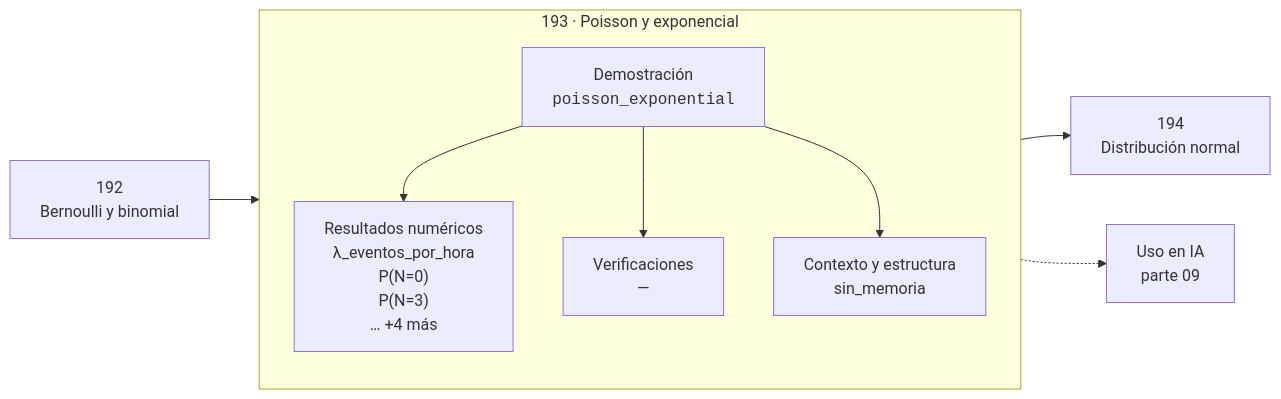
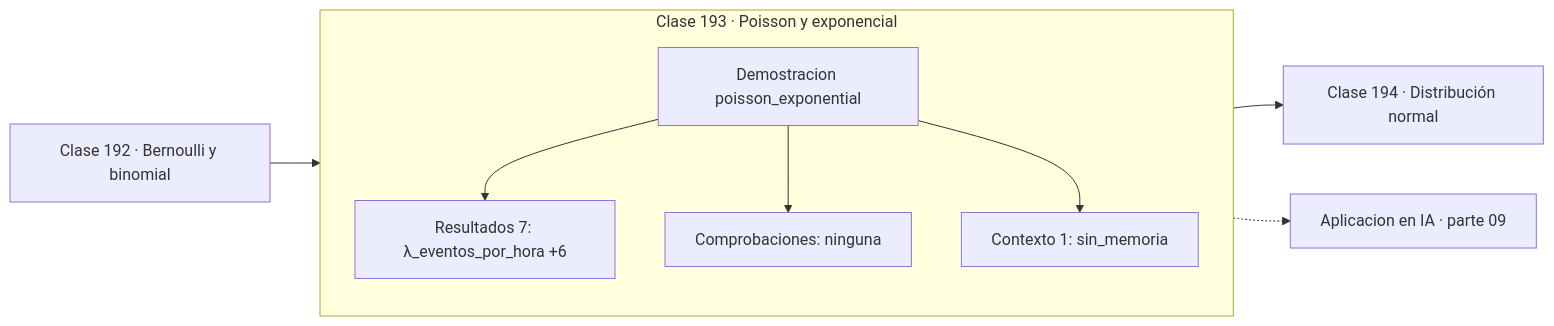
The diagram in classes/part-09-probabilidad-y-procesos-aleatorios/193-poisson-y-exponencial/README.md (vladimiracunadev-create/computational-mathematics-program), drawn with Mermaid before and after one commit. The commit also changed 389 other files, not shown here.

First line of the commit message:
fix(diagramas): elimina el HTML de las etiquetas Mermaid

````diff
--- a/classes/part-09-probabilidad-y-procesos-aleatorios/193-poisson-y-exponencial/README.md
+++ b/classes/part-09-probabilidad-y-procesos-aleatorios/193-poisson-y-exponencial/README.md
@@ -30,12 +30,13 @@
 ```mermaid
 flowchart LR
-    P["192<br/>Bernoulli y binomial"] --> C
-    subgraph C["193 · Poisson y exponencial"]
+    P["Clase 192 · Bernoulli y binomial"] --> D
+    subgraph CLASE["Clase 193 · Poisson y exponencial"]
         direction TB
-        D["Demostración<br/><code>poisson_exponential</code>"] --> R["Resultados numéricos<br/>λ_eventos_por_hora<br/>P(N=0)<br/>P(N=3)<br/>… +4 más"]
-        D --> V["Verificaciones<br/>—"]
-        D --> O["Contexto y estructura<br/>sin_memoria"]
+        D["Demostracion poisson_exponential"]
+        D --> R["Resultados 7: λ_eventos_por_hora +6"]
+        D --> V["Comprobaciones: ninguna"]
+        D --> O["Contexto 1: sin_memoria"]
     end
-    C --> N["194<br/>Distribución normal"]
-    C -.-> IA["Uso en IA<br/>parte 09"]
+    R --> N["Clase 194 · Distribución normal"]
+    V -.-> IA["Aplicacion en IA · parte 09"]
 ```
````
